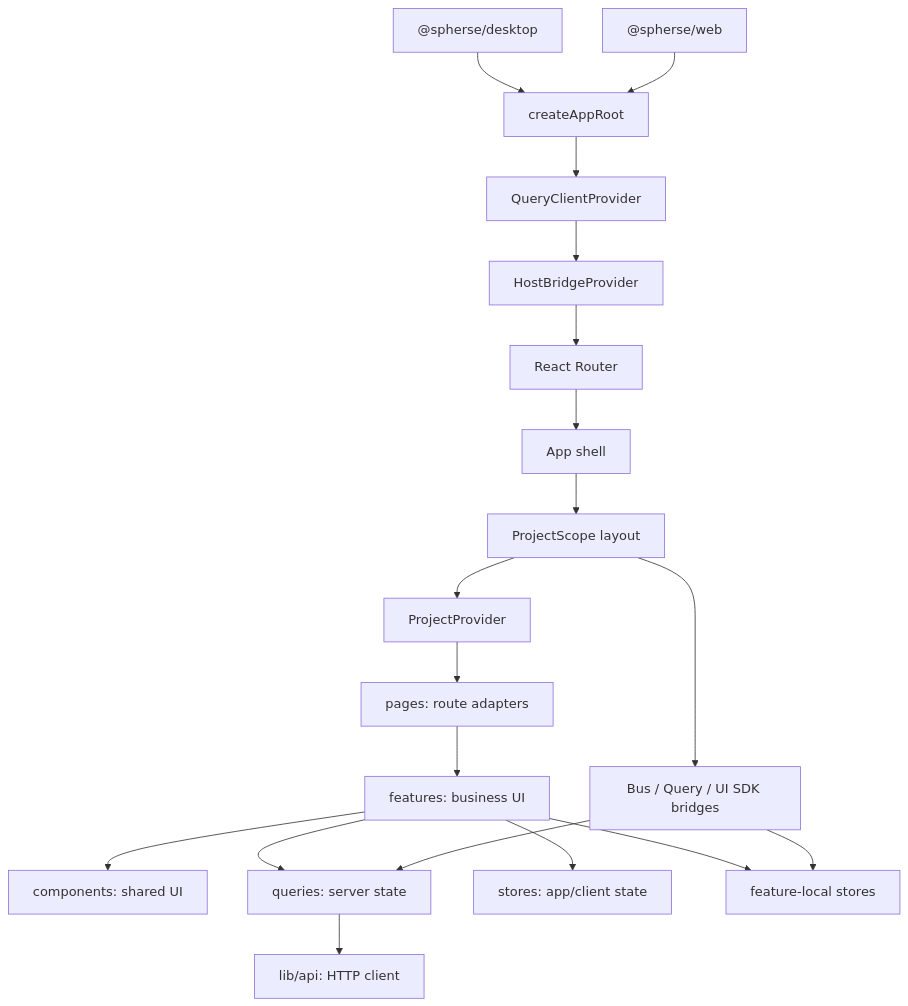
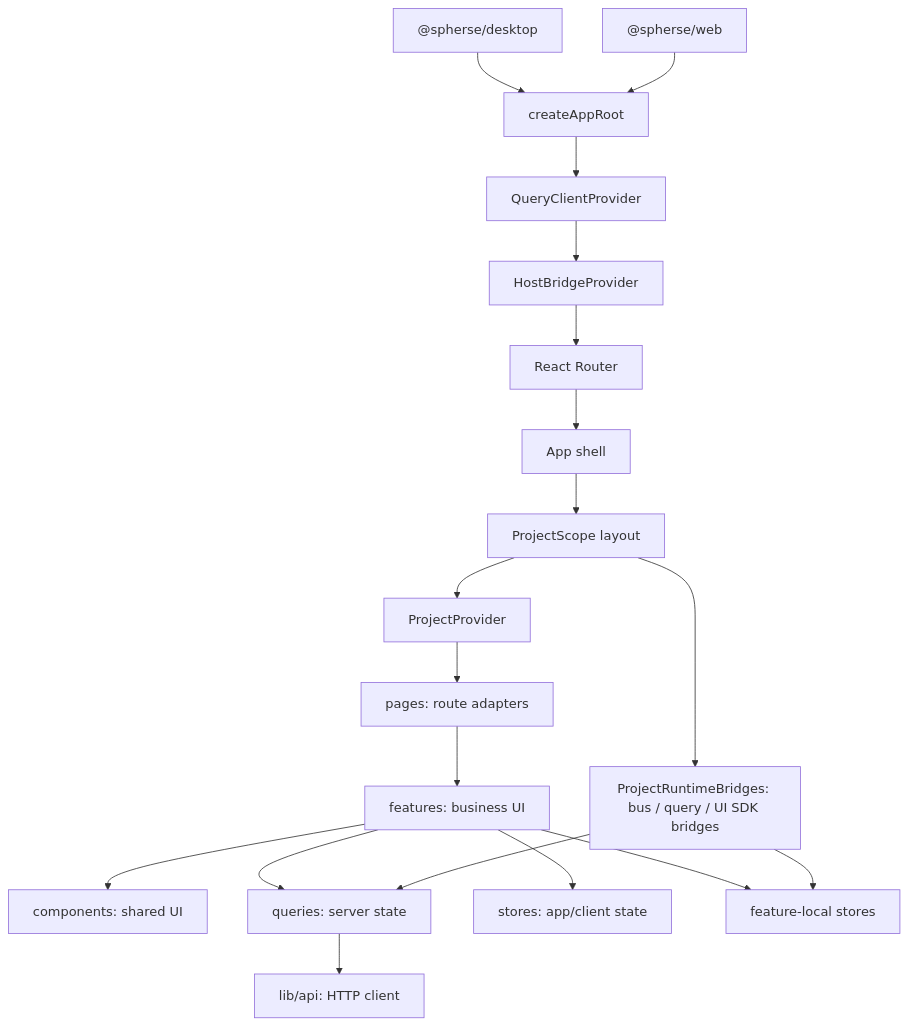
The diagram in packages/app/README.md (mengrru/Spherse), drawn with Mermaid before and after one commit. The commit also changed other lines of this file and 6 other files, not shown here.

Commit message:
docs: 项目生命周期编排的 doc-sync——frontend/project-structure/ui-sdk 对齐 ProjectRuntimeBridges 与 closeProjectCascade，followup P2 标记已实施，backlog 补遗留缺口

````diff
--- a/packages/app/README.md
+++ b/packages/app/README.md
@@ -13,23 +13,23 @@
 ```mermaid
 flowchart TB
   Desktop["@spherse/desktop"] --> Root["createAppRoot"]
   Web["@spherse/web"] --> Root
   Root --> QueryProvider["QueryClientProvider"]
   QueryProvider --> HostProvider["HostBridgeProvider"]
   HostProvider --> Router["React Router"]
 
   Router --> App["App shell"]
   App --> ProjectScope["ProjectScope layout"]
   ProjectScope --> ProjectProvider["ProjectProvider"]
-  ProjectScope --> Bridges["Bus / Query / UI SDK bridges"]
+  ProjectScope --> Bridges["ProjectRuntimeBridges: bus / query / UI SDK bridges"]
   ProjectProvider --> Pages["pages: route adapters"]
   Pages --> Features["features: business UI"]
   Features --> Components["components: shared UI"]
 
   Features --> Queries["queries: server state"]
   Queries --> Api["lib/api: HTTP client"]
   Features --> Stores["stores: app/client state"]
   Features --> FeatureStores["feature-local stores"]
   Bridges --> Queries
   Bridges --> FeatureStores
 ```
````
